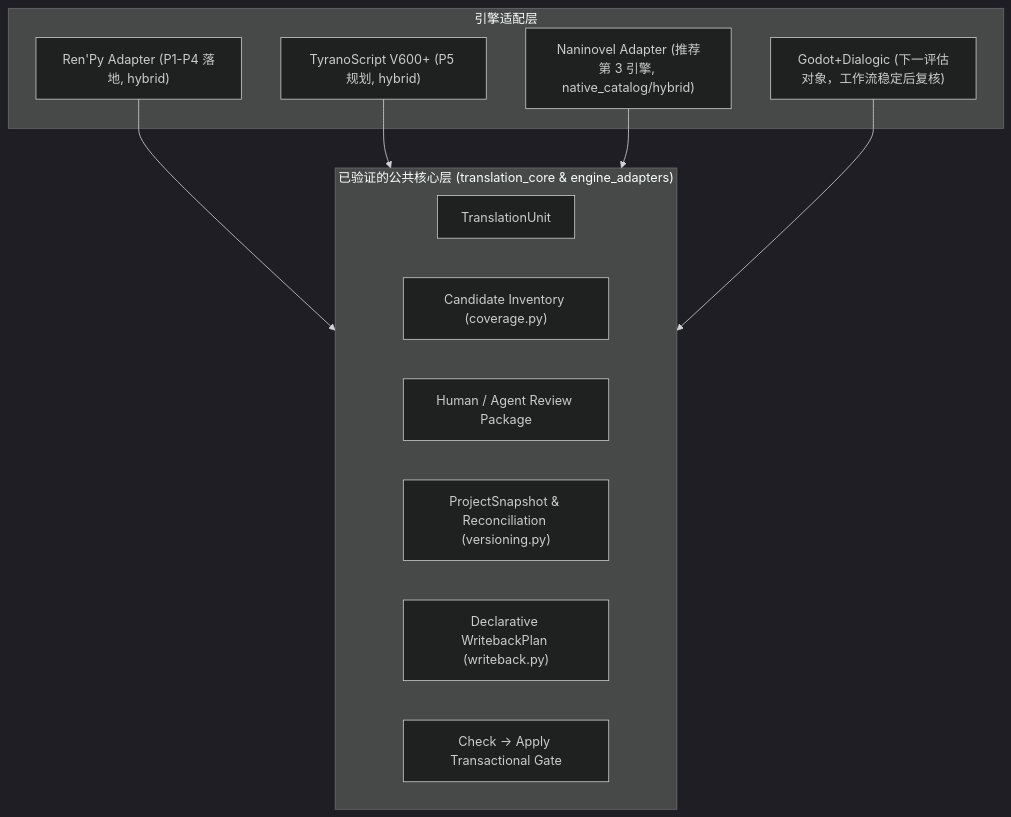
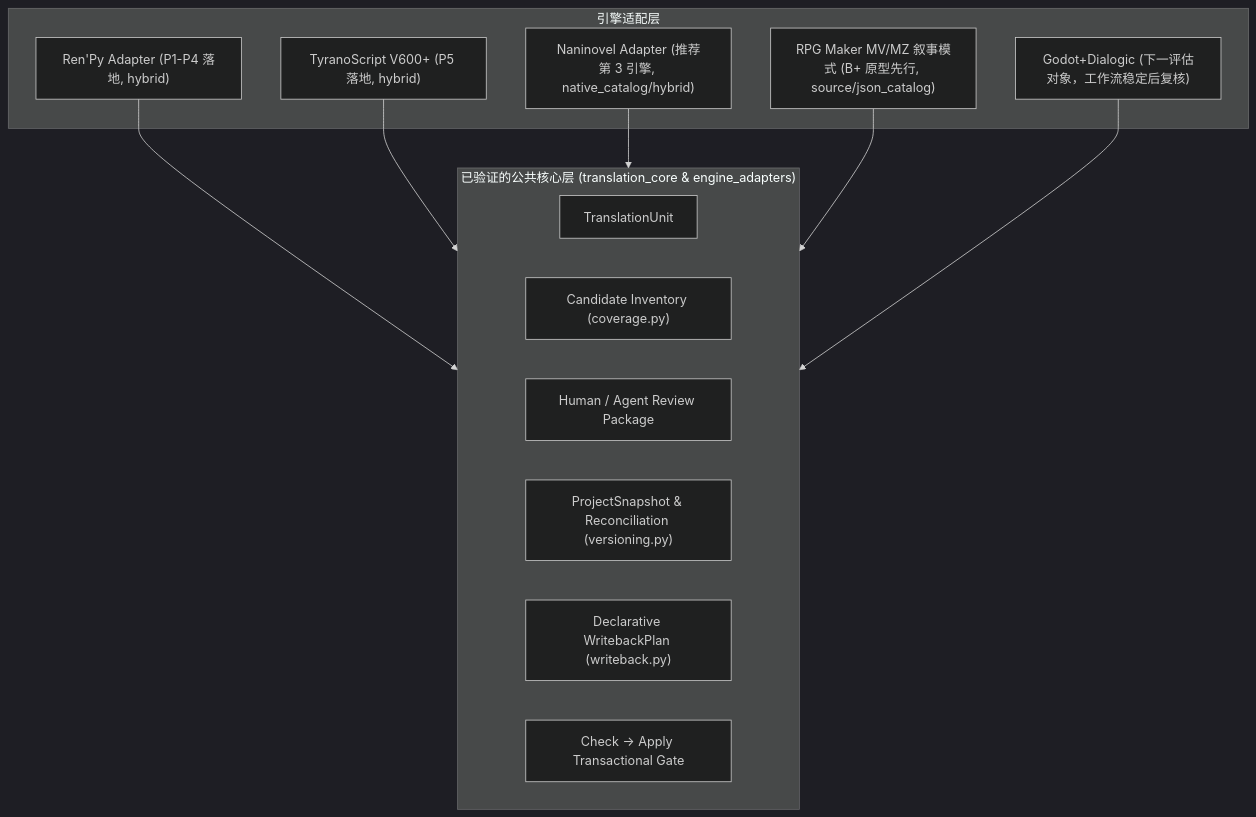
The diagram in docs/plans/visual_novel_localization_matrix.md (hu-border-collie/renpy-translation-lab), drawn with Mermaid (dark theme) before and after one commit. The commit also changed other lines of this file and 4 other files, not shown here.

````diff
--- a/docs/plans/visual_novel_localization_matrix.md
+++ b/docs/plans/visual_novel_localization_matrix.md
@@ -318,23 +330,25 @@
 ```mermaid
 flowchart TD
     subgraph CoreContracts ["已验证的公共核心层 (translation_core & engine_adapters)"]
         TU["TranslationUnit"]
         INV["Candidate Inventory (coverage.py)"]
         REV["Human / Agent Review Package"]
         SNAP["ProjectSnapshot & Reconciliation (versioning.py)"]
         WB["Declarative WritebackPlan (writeback.py)"]
         SAFE["Check -> Apply Transactional Gate"]
     end
 
     subgraph Adapters ["引擎适配层"]
         RPY["Ren'Py Adapter (P1-P4 落地, hybrid)"]
-        TYR["TyranoScript V600+ (P5 规划, hybrid)"]
+        TYR["TyranoScript V600+ (P5 落地, hybrid)"]
         NANI["Naninovel Adapter (推荐第 3 引擎, native_catalog/hybrid)"]
+        RPGM["RPG Maker MV/MZ 叙事模式 (B+ 原型先行, source/json_catalog)"]
         GDO["Godot+Dialogic (下一评估对象，工作流稳定后复核)"]
     end
 
     RPY --> CoreContracts
     TYR --> CoreContracts
     NANI --> CoreContracts
+    RPGM --> CoreContracts
     GDO --> CoreContracts
 ```
````
